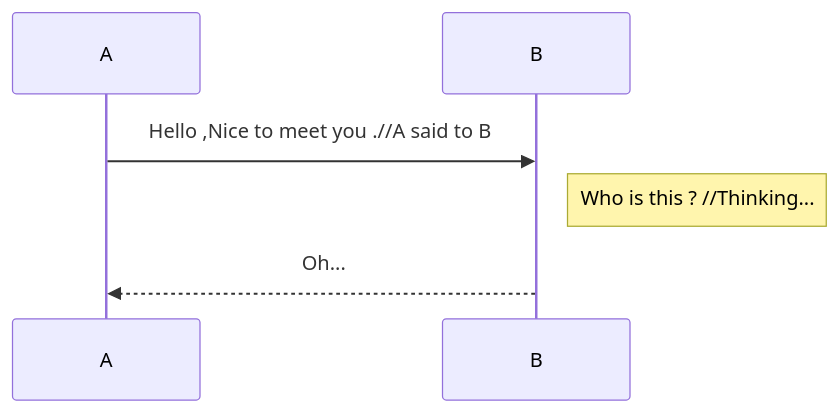
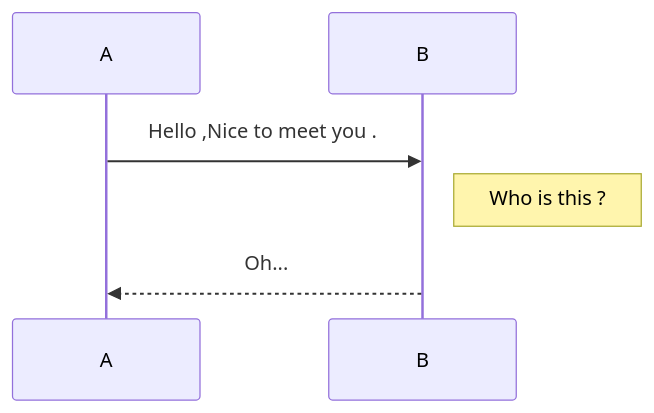
Before and after one commit to iOrchid/AndroidInterviewNotes: the first of 3 diagrams in 00开发辅助/Markdown简明语法.md, drawn with Mermaid. The commit also changed 2 other files, not shown here.

Commit message:
更新一些文档

````diff
--- a/00开发辅助/Markdown简明语法.md
+++ b/00开发辅助/Markdown简明语法.md
@@ -142,6 +142,6 @@
 ```mermaid
 sequenceDiagram
-A->>B:Hello ,Nice to meet you .//A said to B
-note right of B:Who is this ? //Thinking...
+A->>B:Hello ,Nice to meet you .# A said to B
+note right of B:Who is this ? # Thinking...
 B-->>A:Oh...
 ```
````
